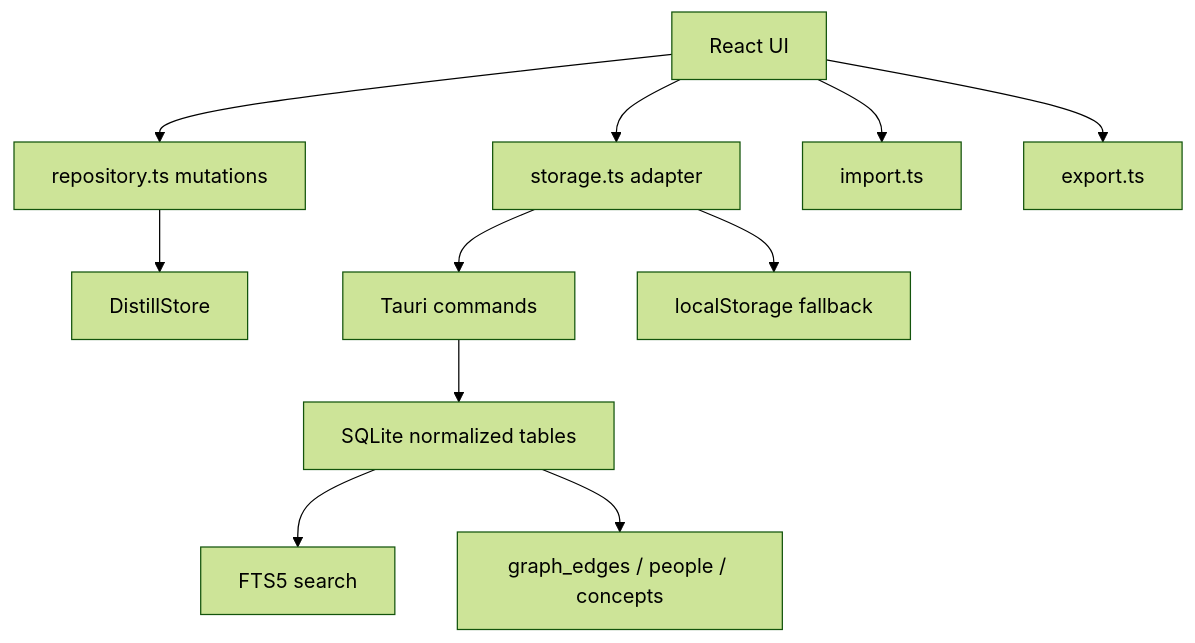
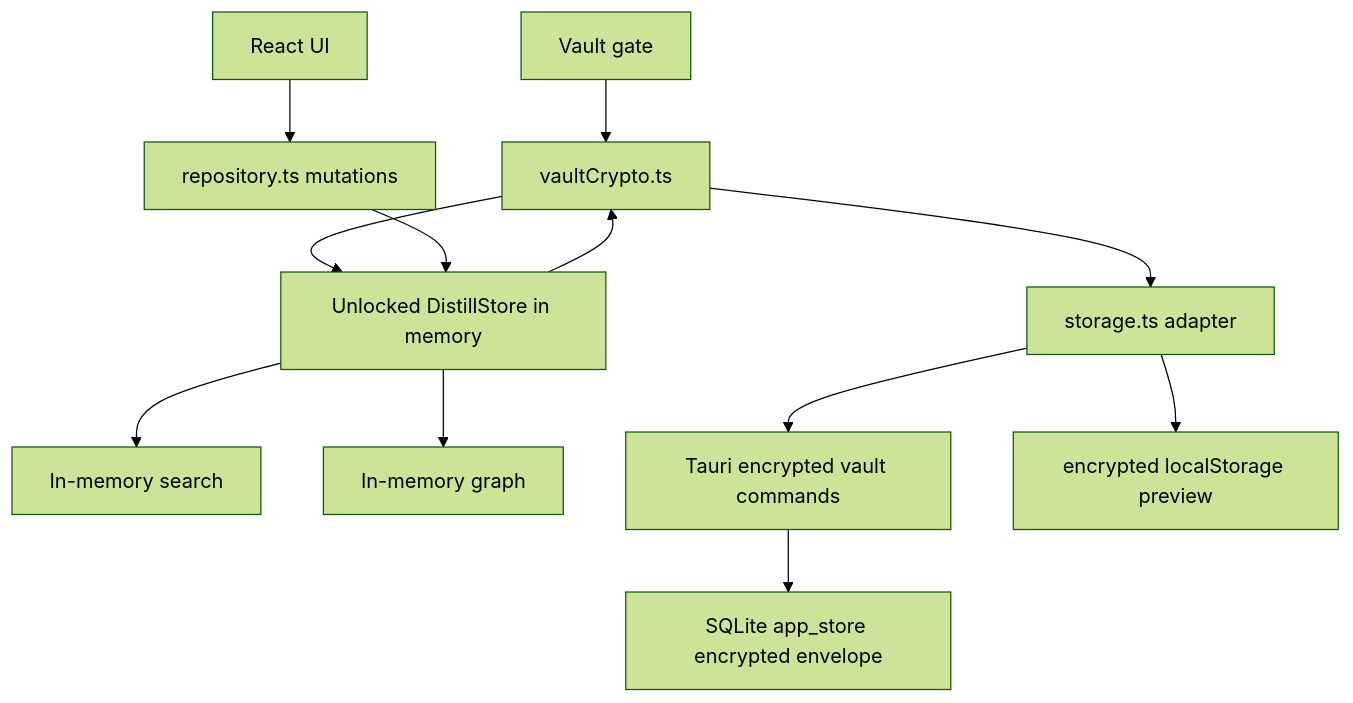
The second of 2 diagrams in docs/design_blueprint.md (awakertakeshi0312-jpg/distill), drawn with Mermaid (forest theme) before and after one commit. The commit also changed other lines of this file and 32 other files, not shown here.

Commit message:
Add encrypted local vault persistence

````diff
--- a/docs/design_blueprint.md
+++ b/docs/design_blueprint.md
@@ -193,13 +184,14 @@
 ```mermaid
 flowchart TB
+  Gate["Vault gate"] --> Crypto["vaultCrypto.ts"]
+  Crypto --> Store["Unlocked DistillStore in memory"]
   UI["React UI"] --> Repo["repository.ts mutations"]
-  UI --> Storage["storage.ts adapter"]
-  Repo --> Store["DistillStore"]
-  Storage --> Tauri["Tauri commands"]
-  Storage --> Browser["localStorage fallback"]
-  Tauri --> SQLite["SQLite normalized tables"]
-  SQLite --> FTS["FTS5 search"]
-  SQLite --> Graph["graph_edges / people / concepts"]
-  UI --> Import["import.ts"]
-  UI --> Export["export.ts"]
+  Repo --> Store
+  Store --> Search["In-memory search"]
+  Store --> Graph["In-memory graph"]
+  Store --> Crypto
+  Crypto --> Storage["storage.ts adapter"]
+  Storage --> Tauri["Tauri encrypted vault commands"]
+  Storage --> Browser["encrypted localStorage preview"]
+  Tauri --> SQLite["SQLite app_store encrypted envelope"]
 ```
````
